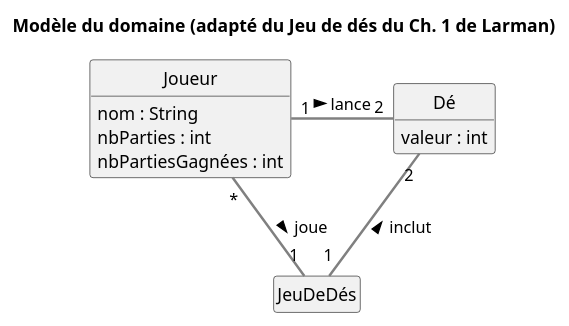
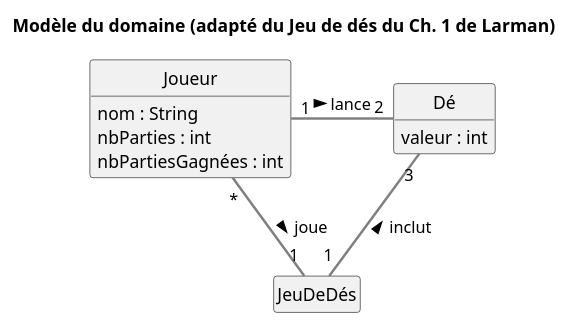
One commit to charlcl180/s20223-log210-01-lab00-charlcl180-main changed the diagram in s20223-log210-01-lab00-charlcl180-main/docs/modeles/mdd.puml. Above: the diagram before and after it, drawn with PlantUML. The commit also changed 9 other files, not shown here.

```diff
--- a/s20223-log210-01-lab00-charlcl180-main/docs/modeles/mdd.puml
+++ b/s20223-log210-01-lab00-charlcl180-main/docs/modeles/mdd.puml
@@ -1,20 +1,20 @@
 @startuml MDD
 skinparam style strictuml
 skinparam ArrowThickness 2
 skinparam ArrowColor #gray
 hide empty members
 title Modèle du domaine (adapté du Jeu de dés du Ch. 1 de Larman)
 class Joueur {
   nom : String
   nbParties : int
   nbPartiesGagnées : int
 }
 class Dé {
   valeur : int
 }
 class JeuDeDés
 ' associations
 Joueur "*" -down- "1" JeuDeDés : joue >
 Joueur "1" -right- "2" Dé : lance >
-JeuDeDés "1" -up- "2" Dé : inclut >
+JeuDeDés "1" -up- "3" Dé : inclut >
 @enduml
```
